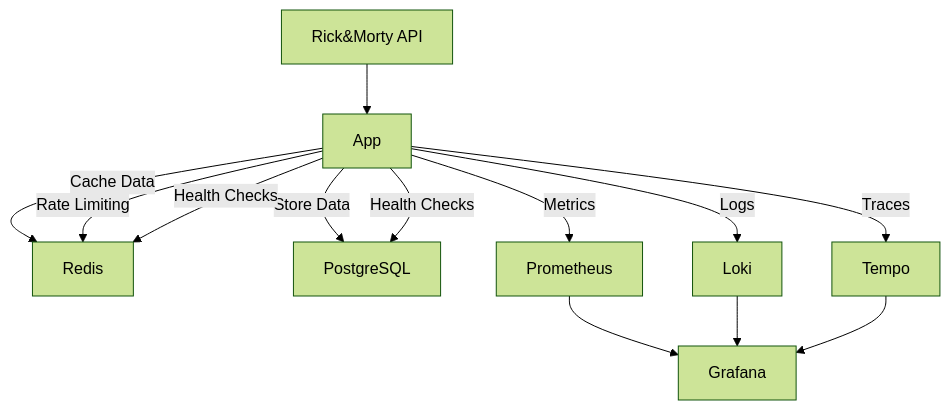
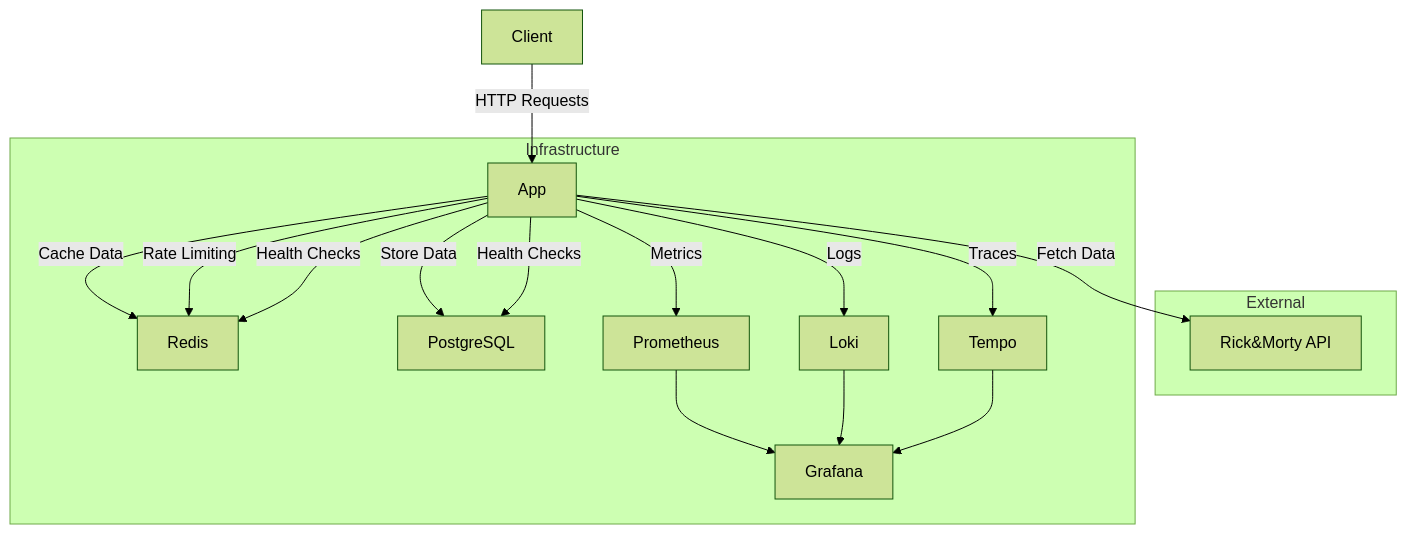
Before and after one commit to forselli/akamai-sre-home-assignment: the diagram in README.md, drawn with Mermaid (forest theme). The commit also changed other lines of this file and 1 other file, not shown here.

Commit message:
Add scan

````diff
--- a/README.md
+++ b/README.md
@@ -7,15 +7,32 @@
 ```mermaid
 graph TD
-A[Rick&Morty API] --> B[App]
-B[App] -->|Cache Data| C[Redis]
-B -->|Store Data| D[PostgreSQL]
-B -->|Rate Limiting| C
-B -->|Health Checks| C
-B -->|Health Checks| D
-B -->|Metrics| E[Prometheus]
-B -->|Logs| F[Loki]
-B -->|Traces| G[Tempo]
-E -->H[Grafana]
-F -->H[Grafana]
-G -->H[Grafana]
+    Client[Client] -->|HTTP Requests| B
+
+    subgraph External
+        A[Rick&Morty API]
+    end
+
+    subgraph Infrastructure
+        B[App]
+        C[Redis]
+        D[PostgreSQL]
+        E[Prometheus]
+        F[Loki]
+        G[Tempo]
+        H[Grafana]
+
+        B -->|Cache Data| C
+        B -->|Store Data| D
+        B -->|Rate Limiting| C
+        B -->|Health Checks| C
+        B -->|Health Checks| D
+        B -->|Metrics| E
+        B -->|Logs| F
+        B -->|Traces| G
+        E -->H
+        F -->H
+        G -->H
+    end
+
+    B -->|Fetch Data| A
 ```
````
